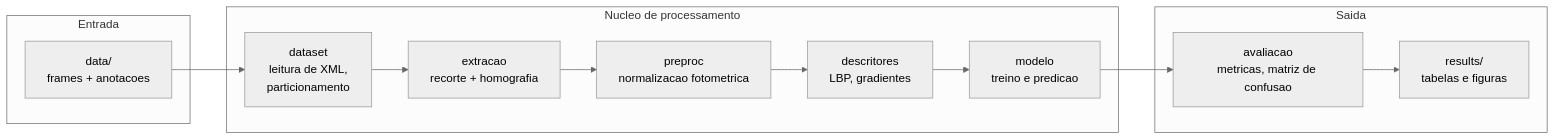
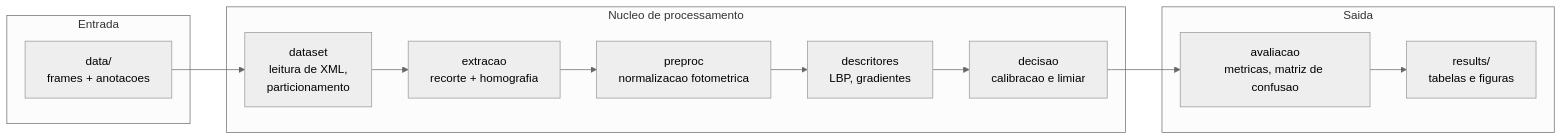
One commit to ThreeOneOneZero/pdi_parking_lot changed the third of 3 diagrams in docs/proposta.md. Above: the diagram before and after it, drawn with Mermaid (neutral theme). The commit also changed 6 other files, not shown here.

````diff
--- a/docs/proposta.md
+++ b/docs/proposta.md
@@ -290,18 +290,18 @@
 ```mermaid
 flowchart LR
     subgraph IO["Entrada"]
         A1["data/<br/>frames + anotacoes"]
     end
     subgraph CORE["Nucleo de processamento"]
         B1["dataset<br/>leitura de XML,<br/>particionamento"]
         B2["extracao<br/>recorte + homografia"]
         B3["preproc<br/>normalizacao fotometrica"]
         B4["descritores<br/>LBP, gradientes"]
-        B5["modelo<br/>treino e predicao"]
+        B5["decisao<br/>calibracao e limiar"]
     end
     subgraph OUT["Saida"]
         C1["avaliacao<br/>metricas, matriz de confusao"]
         C2["results/<br/>tabelas e figuras"]
     end
     A1 --> B1 --> B2 --> B3 --> B4 --> B5 --> C1 --> C2
 ```
````
